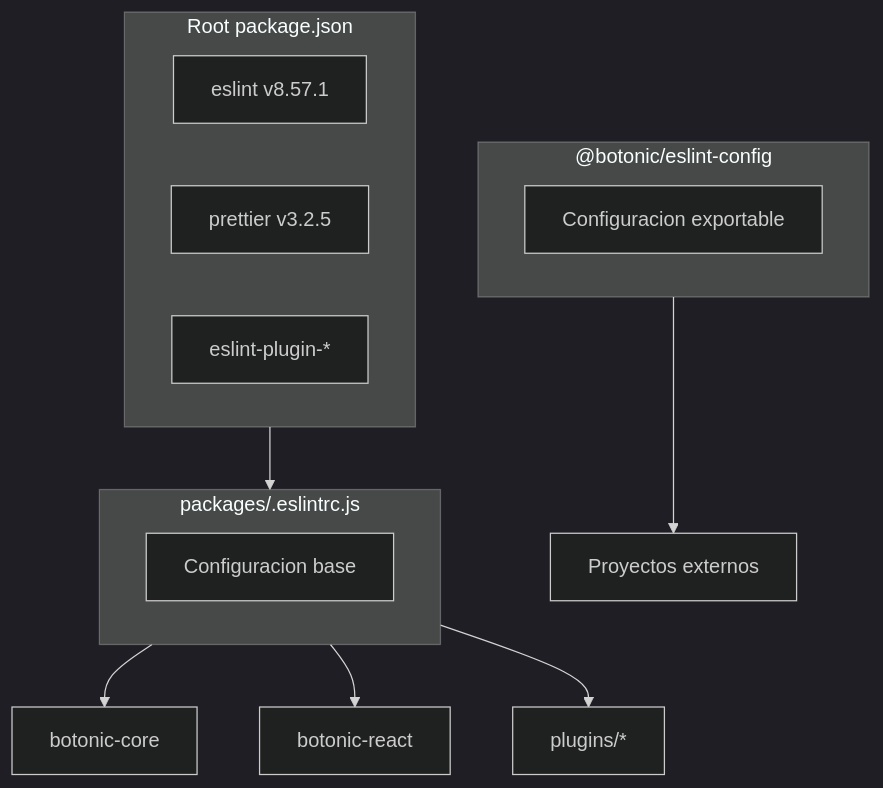
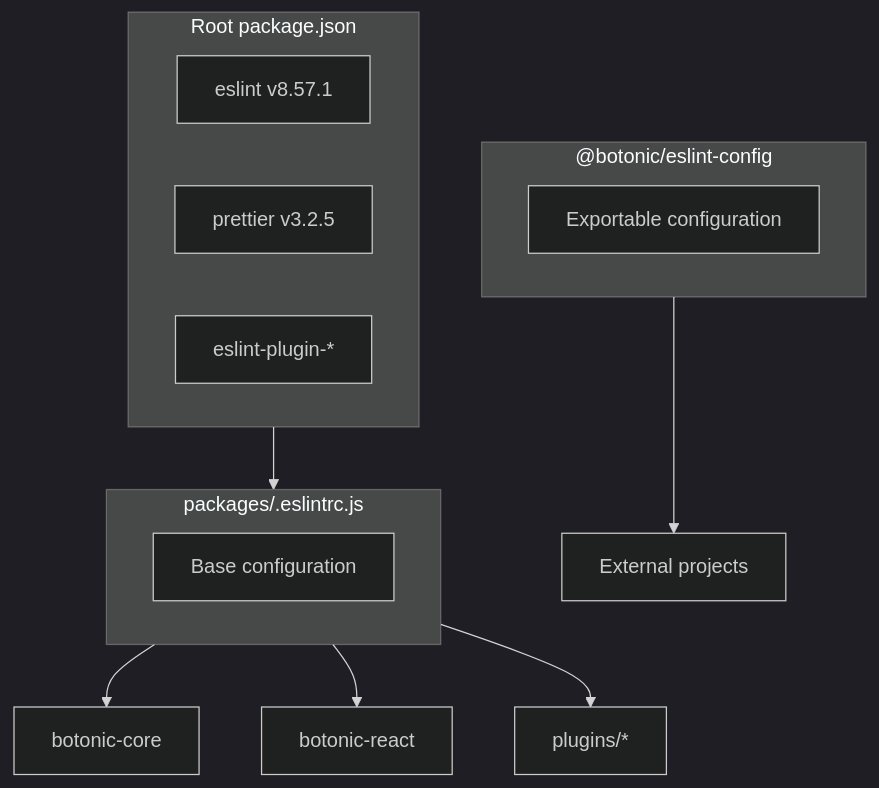
Before and after one commit to hubtype/botonic: the diagram in .cursor/plans/BIOME_MIGRATION.plan.md, drawn with Mermaid (dark theme). The commit also changed other lines of this file, not shown here.

````diff
--- a/.cursor/plans/BIOME_MIGRATION.plan.md
+++ b/.cursor/plans/BIOME_MIGRATION.plan.md
@@ -64,23 +64,23 @@
 ```mermaid
 flowchart TD
     subgraph root ["Root package.json"]
         eslint["eslint v8.57.1"]
         prettier["prettier v3.2.5"]
         plugins["eslint-plugin-*"]
     end
 
     subgraph shared ["packages/.eslintrc.js"]
-        baseConfig["Configuracion base"]
+        baseConfig["Base configuration"]
     end
 
     subgraph pkgConfig ["@botonic/eslint-config"]
-        exportedConfig["Configuracion exportable"]
+        exportedConfig["Exportable configuration"]
     end
 
     root --> shared
     shared --> core["botonic-core"]
     shared --> react["botonic-react"]
     shared --> pluginsDir["plugins/*"]
 
-    pkgConfig --> external["Proyectos externos"]
+    pkgConfig --> external["External projects"]
 ```
````
